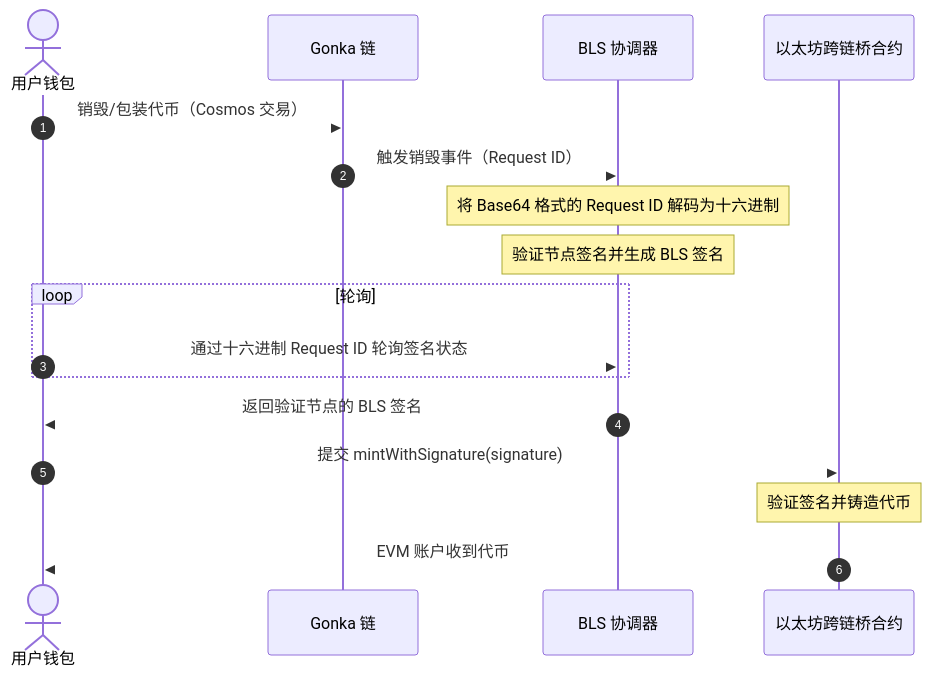
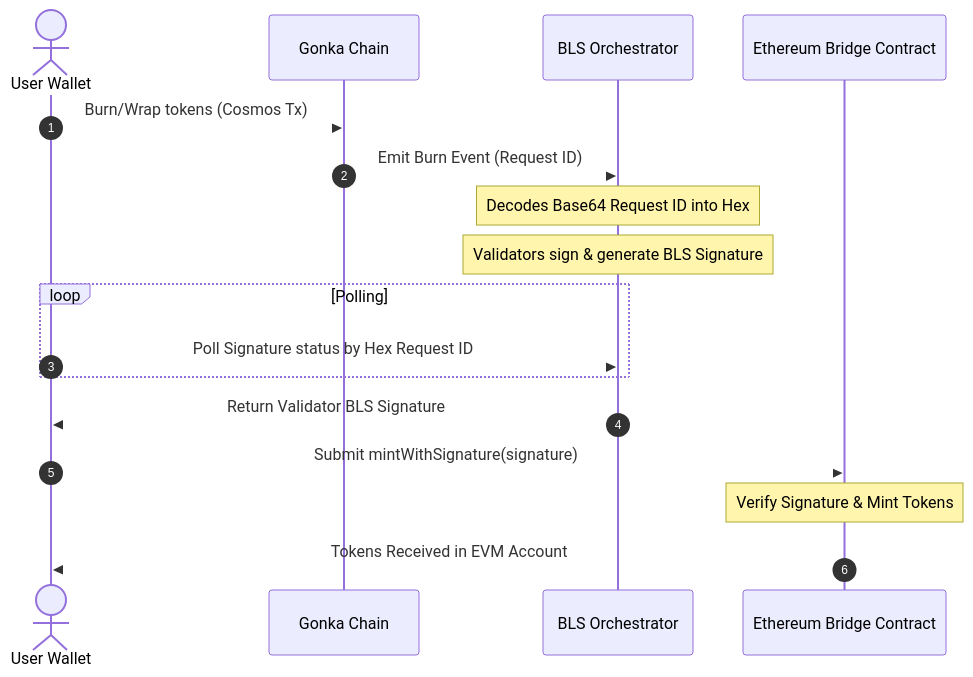
One commit to gonka-ai/gonka-docs changed the second of 2 diagrams in docs/zh/cross-chain-transfers/widget-integration.md. Above: the diagram before and after it, drawn with Mermaid. The commit also changed other lines of this file and 20 other files, not shown here.

````diff
--- a/docs/zh/cross-chain-transfers/widget-integration.md
+++ b/docs/zh/cross-chain-transfers/widget-integration.md
@@ -34,23 +34,23 @@
 ```mermaid
 %%{init: { 'themeVariables': { 'signalColor': 'var(--md-default-fg-color)', 'signalTextColor': 'var(--md-default-fg-color)' } } }%%
 sequenceDiagram
     autonumber
-    actor User as 用户钱包
-    participant Gonka as Gonka 链
-    participant Orch as BLS 协调器
-    participant EthBridge as 以太坊跨链桥合约
+    actor User as User Wallet
+    participant Gonka as Gonka Chain
+    participant Orch as BLS Orchestrator
+    participant EthBridge as Ethereum Bridge Contract
 
-    User->>Gonka: 销毁/包装代币（Cosmos 交易）
-    Gonka-->>Orch: 触发销毁事件（Request ID）
-    Note over Orch: 将 Base64 格式的 Request ID 解码为十六进制
-    Note over Orch: 验证节点签名并生成 BLS 签名
+    User->>Gonka: Burn/Wrap tokens (Cosmos Tx)
+    Gonka-->>Orch: Emit Burn Event (Request ID)
+    Note over Orch: Decodes Base64 Request ID into Hex
+    Note over Orch: Validators sign & generate BLS Signature
     
-    loop 轮询
-        User->>Orch: 通过十六进制 Request ID 轮询签名状态
+    loop Polling
+        User->>Orch: Poll Signature status by Hex Request ID
     end
-    Orch-->>User: 返回验证节点的 BLS 签名
+    Orch-->>User: Return Validator BLS Signature
     
-    User->>EthBridge: 提交 mintWithSignature(signature)
-    Note over EthBridge: 验证签名并铸造代币
-    EthBridge-->>User: EVM 账户收到代币
+    User->>EthBridge: Submit mintWithSignature(signature)
+    Note over EthBridge: Verify Signature & Mint Tokens
+    EthBridge-->>User: Tokens Received in EVM Account
 ```
````
